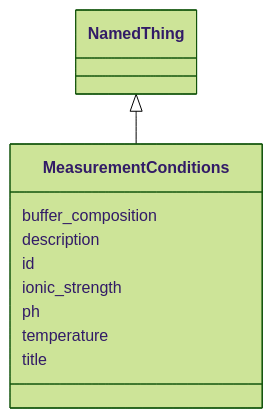
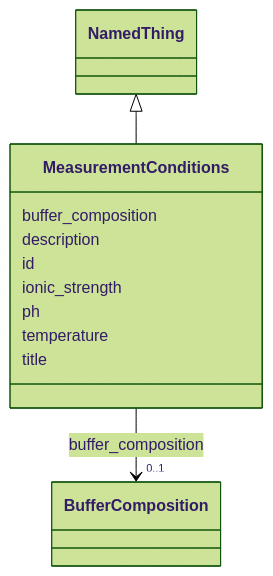
One commit to lambda-ber/lambda-ber-schema changed the diagram in docs/MeasurementConditions.md. Above: the diagram before and after it, drawn with Mermaid (forest theme). The commit also changed other lines of this file and 60 other files, not shown here.

Commit message:
Update schema artifacts

````diff
--- a/docs/MeasurementConditions.md
+++ b/docs/MeasurementConditions.md
@@ -18,23 +18,32 @@
 ```mermaid
  classDiagram
     class MeasurementConditions
     click MeasurementConditions href "../MeasurementConditions/"
       NamedThing <|-- MeasurementConditions
         click NamedThing href "../NamedThing/"
       
       MeasurementConditions : buffer_composition
+        
+          
+    
+        
+        
+        MeasurementConditions --> "0..1" BufferComposition : buffer_composition
+        click BufferComposition href "../BufferComposition/"
+    
+
         
       MeasurementConditions : description
         
       MeasurementConditions : id
         
       MeasurementConditions : ionic_strength
         
       MeasurementConditions : ph
         
       MeasurementConditions : temperature
         
       MeasurementConditions : title
         
       
 ```
````
